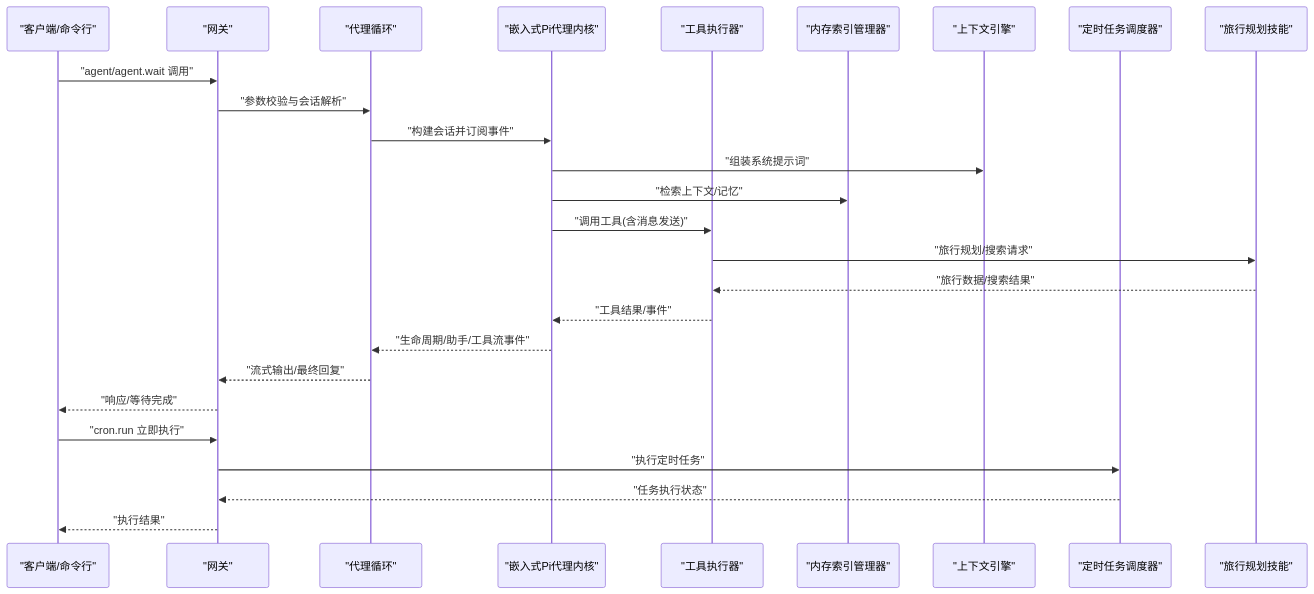
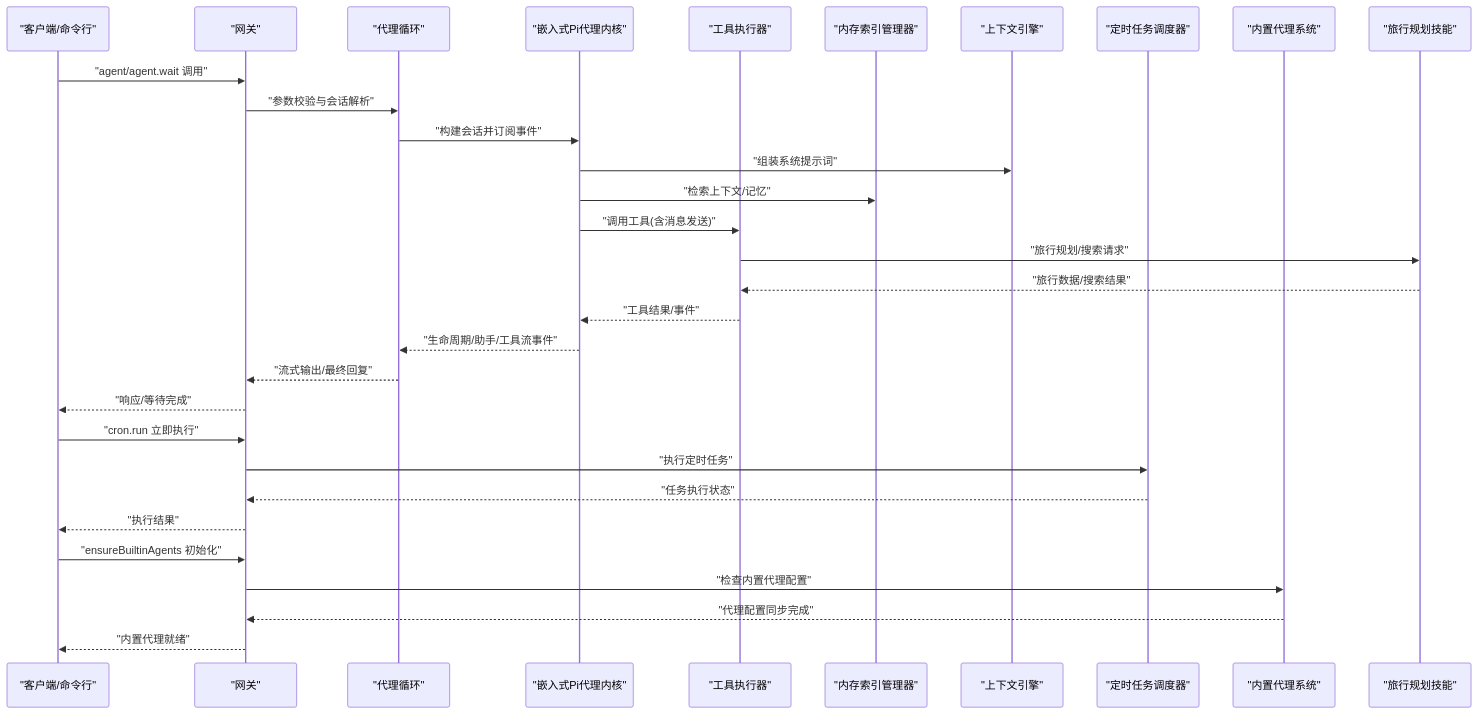
One commit to verse-ai-org/openclaw changed the second of 19 diagrams in .qoder/repowiki/zh/content/AI代理系统/AI代理系统.md. Above: the diagram before and after it, drawn with Mermaid. The commit also changed other lines of this file and 12 other files, not shown here.

````diff
--- a/.qoder/repowiki/zh/content/AI代理系统/AI代理系统.md
+++ b/.qoder/repowiki/zh/content/AI代理系统/AI代理系统.md
@@ -151,28 +161,33 @@
 ```mermaid
 sequenceDiagram
 participant Client as "客户端/命令行"
 participant Gateway as "网关"
 participant Agent as "代理循环"
 participant Pi as "嵌入式Pi代理内核"
 participant Tools as "工具执行器"
 participant Mem as "内存索引管理器"
 participant CE as "上下文引擎"
 participant Cron as "定时任务调度器"
+participant Endorsement as "内置代理系统"
 participant Travel as "旅行规划技能"
 Client->>Gateway : "agent/agent.wait 调用"
 Gateway->>Agent : "参数校验与会话解析"
 Agent->>Pi : "构建会话并订阅事件"
 Pi->>CE : "组装系统提示词"
 Pi->>Mem : "检索上下文/记忆"
 Pi->>Tools : "调用工具(含消息发送)"
 Tools->>Travel : "旅行规划/搜索请求"
 Travel-->>Tools : "旅行数据/搜索结果"
 Tools-->>Pi : "工具结果/事件"
 Pi-->>Agent : "生命周期/助手/工具流事件"
 Agent-->>Gateway : "流式输出/最终回复"
 Gateway-->>Client : "响应/等待完成"
 Client->>Gateway : "cron.run 立即执行"
 Gateway->>Cron : "执行定时任务"
 Cron-->>Gateway : "任务执行状态"
 Gateway-->>Client : "执行结果"
+Client->>Gateway : "ensureBuiltinAgents 初始化"
+Gateway->>Endorsement : "检查内置代理配置"
+Endorsement-->>Gateway : "代理配置同步完成"
+Gateway-->>Client : "内置代理就绪"
 ```
````
